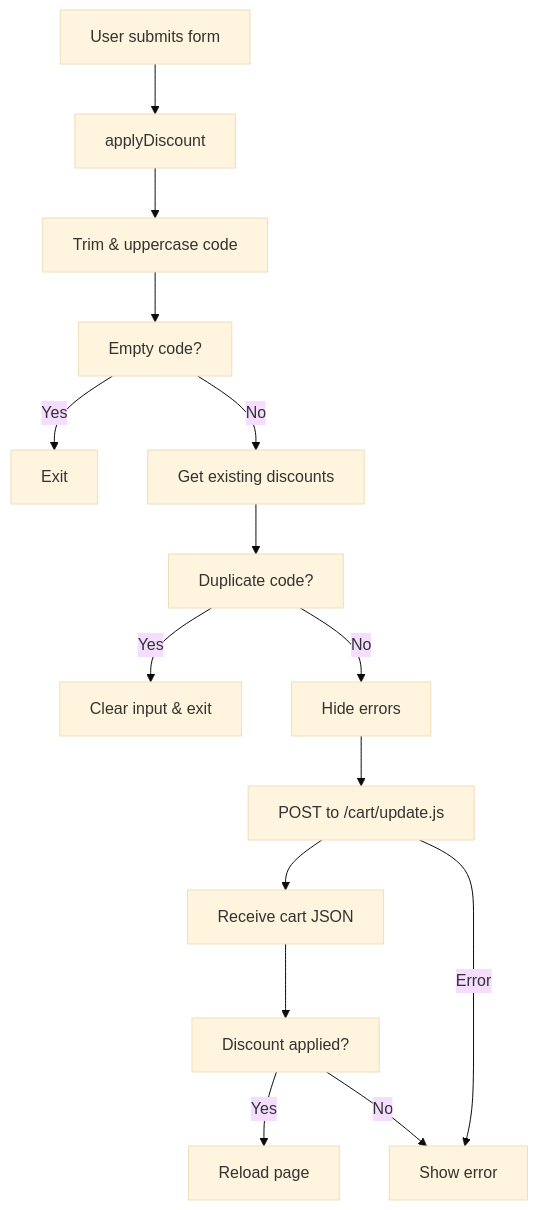
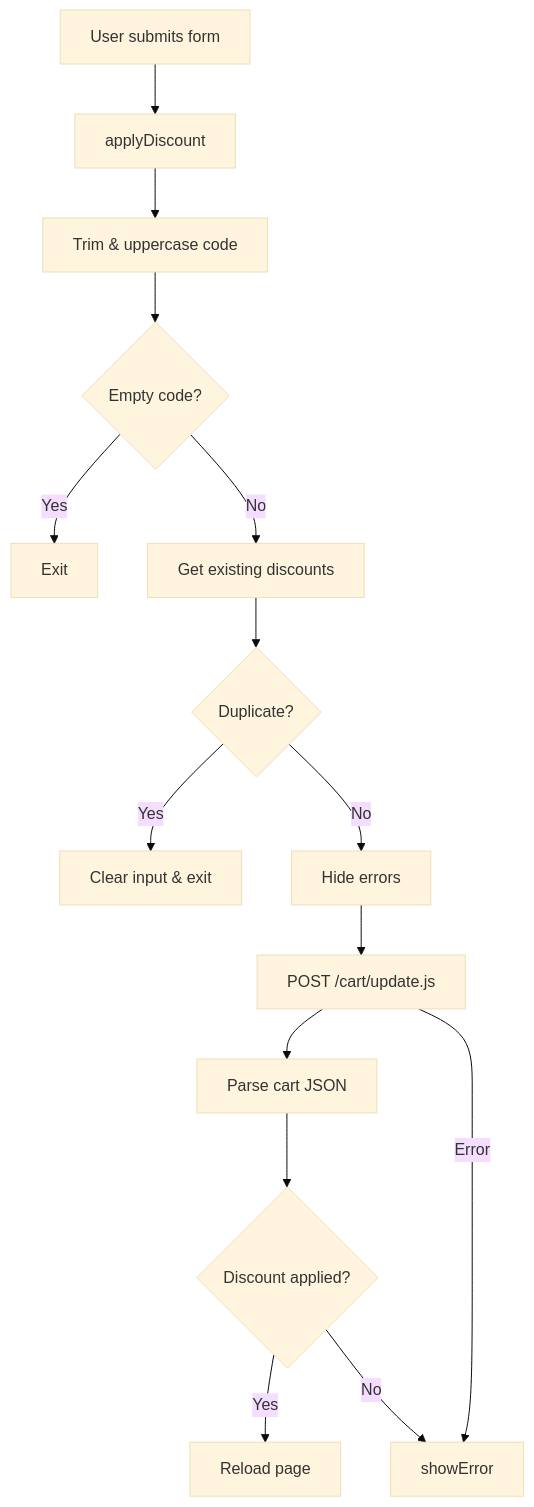
Before and after one commit to EcomExperts-io/Base: the diagram in docs/assets/card-discount.md, drawn with Mermaid (base theme). The commit also changed other lines of this file and 3 other files, not shown here.

Commit message:
Refactor documentation for CartDiscount, CartNotification, CollectionInfo, and Product sections. Update component descriptions, API overviews, and usage guidelines for clarity and consistency.

````diff
--- a/docs/assets/card-discount.md
+++ b/docs/assets/card-discount.md
@@ -116,17 +92,17 @@
 ```mermaid
 flowchart TD
   A[User submits form] --> B[applyDiscount]
   B --> C[Trim & uppercase code]
-  C --> D[Empty code?]
+  C --> D{Empty code?}
   D -->|Yes| Z[Exit]
   D -->|No| E[Get existing discounts]
-  E --> F[Duplicate code?]
+  E --> F{Duplicate?}
   F -->|Yes| Y[Clear input & exit]
   F -->|No| G[Hide errors]
-  G --> H[POST to /cart/update.js]
-  H --> I[Receive cart JSON]
-  I --> J[Discount applied?]
+  G --> H[POST /cart/update.js]
+  H --> I[Parse cart JSON]
+  I --> J{Discount applied?}
   J -->|Yes| K[Reload page]
-  J -->|No| L[Show error]
+  J -->|No| L[showError]
   H -->|Error| L
 ```
````
